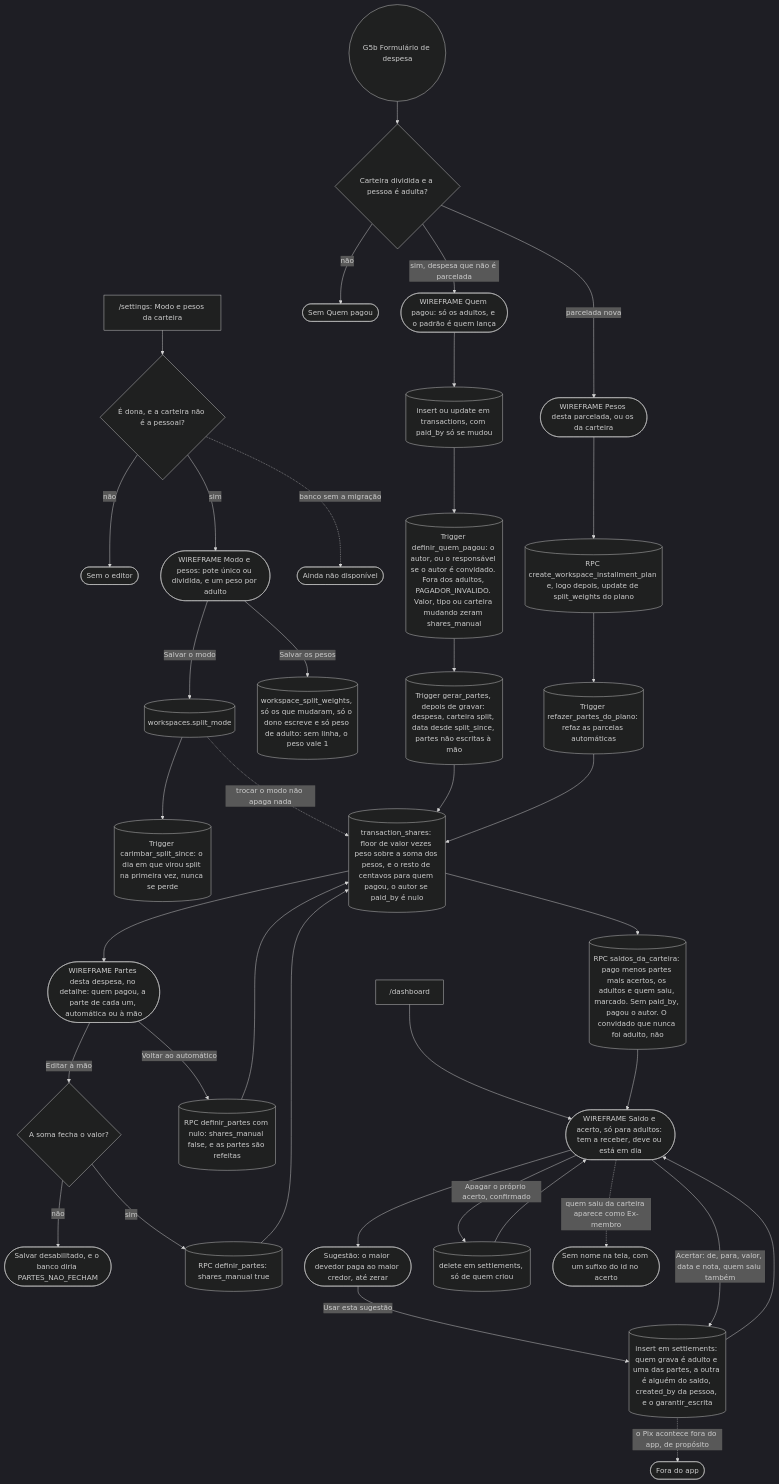
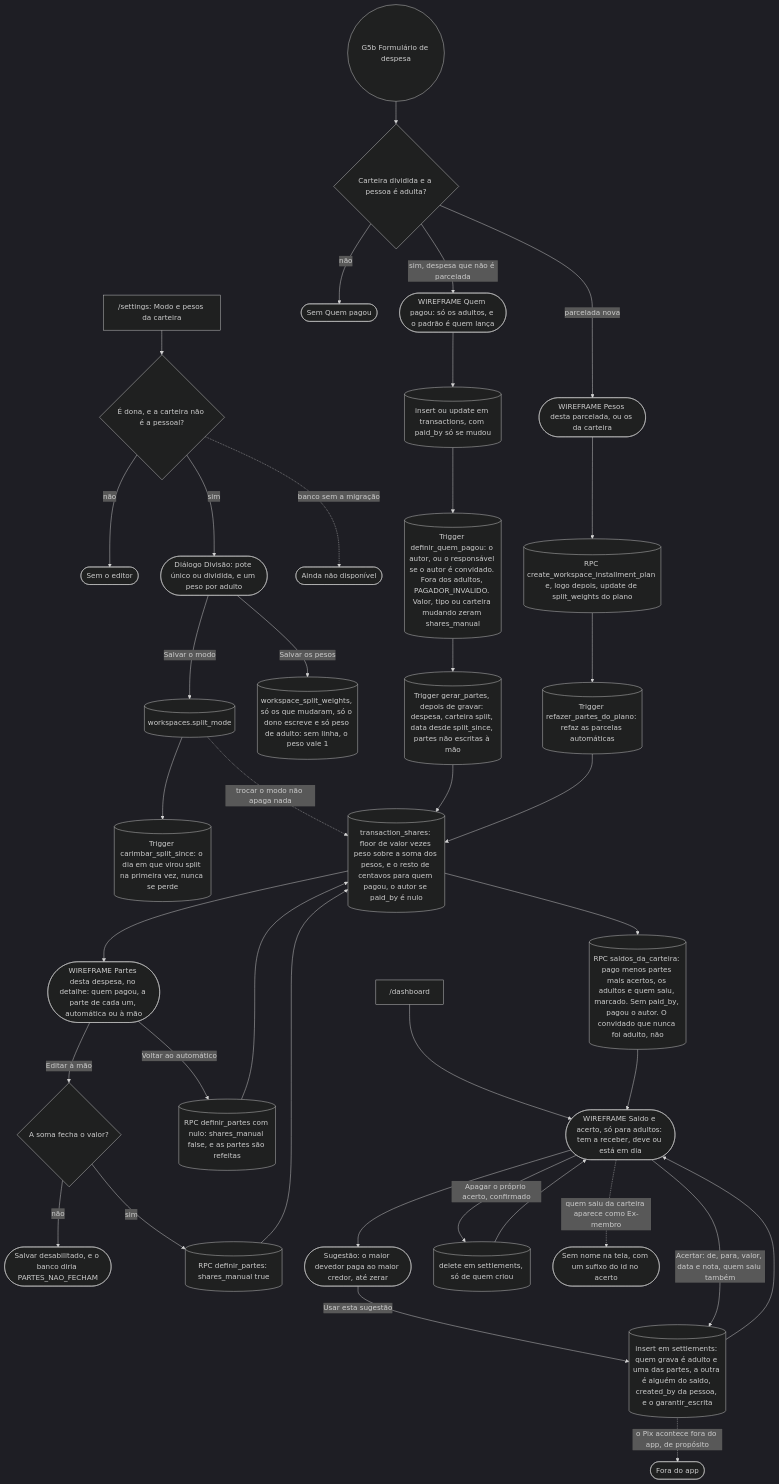
Diagram 29 of 31 in docs/JORNADAS.md (kauax2000/finance_app), drawn with Mermaid before and after one commit. The commit also changed other lines of this file and 2 other files, not shown here.

````diff
--- a/docs/JORNADAS.md
+++ b/docs/JORNADAS.md
@@ -1917,44 +1919,44 @@
 ```mermaid
 %%{init: {"theme": "dark"}}%%
 flowchart TD
     config["/settings: Modo e pesos da carteira"] --> dono{"É dona, e a carteira não é a pessoal?"}
     dono -->|"não"| semModo(["Sem o editor"])
-    dono -->|"sim"| modo(["WIREFRAME Modo e pesos: pote único ou dividida, e um peso por adulto"])
+    dono -->|"sim"| modo(["Diálogo Divisão: pote único ou dividida, e um peso por adulto"])
     modo -->|"Salvar o modo"| modoDb[("workspaces.split_mode")]
     modoDb --> since[("Trigger carimbar_split_since: o dia em que virou split na primeira vez, nunca se perde")]
     dono -.->|"banco sem a migração"| semMig(["Ainda não disponível"])
     modo -->|"Salvar os pesos"| pesosDb[("workspace_split_weights, só os que mudaram, só o dono escreve e só peso de adulto: sem linha, o peso vale 1")]
     modoDb -.->|"trocar o modo não apaga nada"| partesDb
 
     form(("G5b Formulário de despesa")) --> divide{"Carteira dividida e a pessoa é adulta?"}
     divide -->|"não"| semQuem(["Sem Quem pagou"])
     divide -->|"sim, despesa que não é parcelada"| quem(["WIREFRAME Quem pagou: só os adultos, e o padrão é quem lança"])
     quem --> salvar[("insert ou update em transactions, com paid_by só se mudou")]
     divide -->|"parcelada nova"| pesosPlano(["WIREFRAME Pesos desta parcelada, ou os da carteira"])
     pesosPlano --> plano[("RPC create_workspace_installment_plan e, logo depois, update de split_weights do plano")]
     plano --> planoTrg[("Trigger refazer_partes_do_plano: refaz as parcelas automáticas")]
     salvar --> pagoTrg[("Trigger definir_quem_pagou: o autor, ou o responsável se o autor é convidado. Fora dos adultos, PAGADOR_INVALIDO. Valor, tipo ou carteira mudando zeram shares_manual")]
     pagoTrg --> partesTrg[("Trigger gerar_partes, depois de gravar: despesa, carteira split, data desde split_since, partes não escritas à mão")]
     partesTrg --> partesDb[("transaction_shares: floor de valor vezes peso sobre a soma dos pesos, e o resto de centavos para quem pagou, o autor se paid_by é nulo")]
     planoTrg --> partesDb
 
     partesDb --> detalhe(["WIREFRAME Partes desta despesa, no detalhe: quem pagou, a parte de cada um, automática ou à mão"])
     detalhe -->|"Editar à mão"| soma{"A soma fecha o valor?"}
     soma -->|"não"| naoFecha(["Salvar desabilitado, e o banco diria PARTES_NAO_FECHAM"])
     soma -->|"sim"| definir[("RPC definir_partes: shares_manual true")]
     detalhe -->|"Voltar ao automático"| auto[("RPC definir_partes com nulo: shares_manual false, e as partes são refeitas")]
     definir --> partesDb
     auto --> partesDb
 
     painel["/dashboard"] --> saldo(["WIREFRAME Saldo e acerto, só para adultos: tem a receber, deve ou está em dia"])
     partesDb --> saldoRpc[("RPC saldos_da_carteira: pago menos partes mais acertos, os adultos e quem saiu, marcado. Sem paid_by, pagou o autor. O convidado que nunca foi adulto, não")]
     saldoRpc --> saldo
     saldo --> sugestao(["Sugestão: o maior devedor paga ao maior credor, até zerar"])
     sugestao -->|"Usar esta sugestão"| acertar
     saldo -->|"Acertar: de, para, valor, data e nota, quem saiu também"| acertar[("insert em settlements: quem grava é adulto e uma das partes, a outra é alguém do saldo, created_by da pessoa, e o garantir_escrita")]
     acertar --> saldo
     saldo -->|"Apagar o próprio acerto, confirmado"| apagar[("delete em settlements, só de quem criou")]
     apagar --> saldo
     acertar -.->|"o Pix acontece fora do app, de propósito"| fora(["Fora do app"])
     saldo -.->|"quem saiu da carteira aparece como Ex-membro"| exm(["Sem nome na tela, com um sufixo do id no acerto"])
 ```
````
